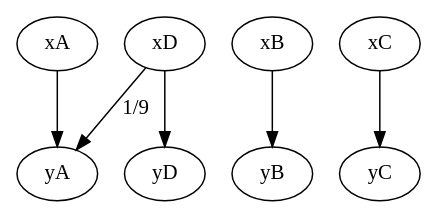
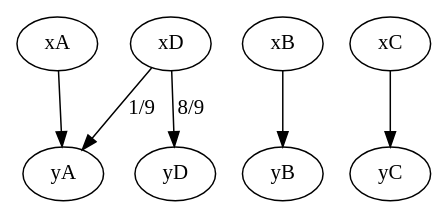
The diagram in InformationTheory2015/Assignment04/channel_simple.dot (dilawar/Courses), drawn with Graphviz before and after one commit. The commit also changed 4 other files, not shown here.

```diff
--- a/InformationTheory2015/Assignment04/channel_simple.dot
+++ b/InformationTheory2015/Assignment04/channel_simple.dot
@@ -1,7 +1,7 @@
 digraph simpleChannel {
     xA -> yA;
     xB -> yB;
     xC -> yC;
-    xD -> yD;
+    xD -> yD [ label = "8/9" ];
     xD -> yA [ label = "1/9" ];
 }
```
